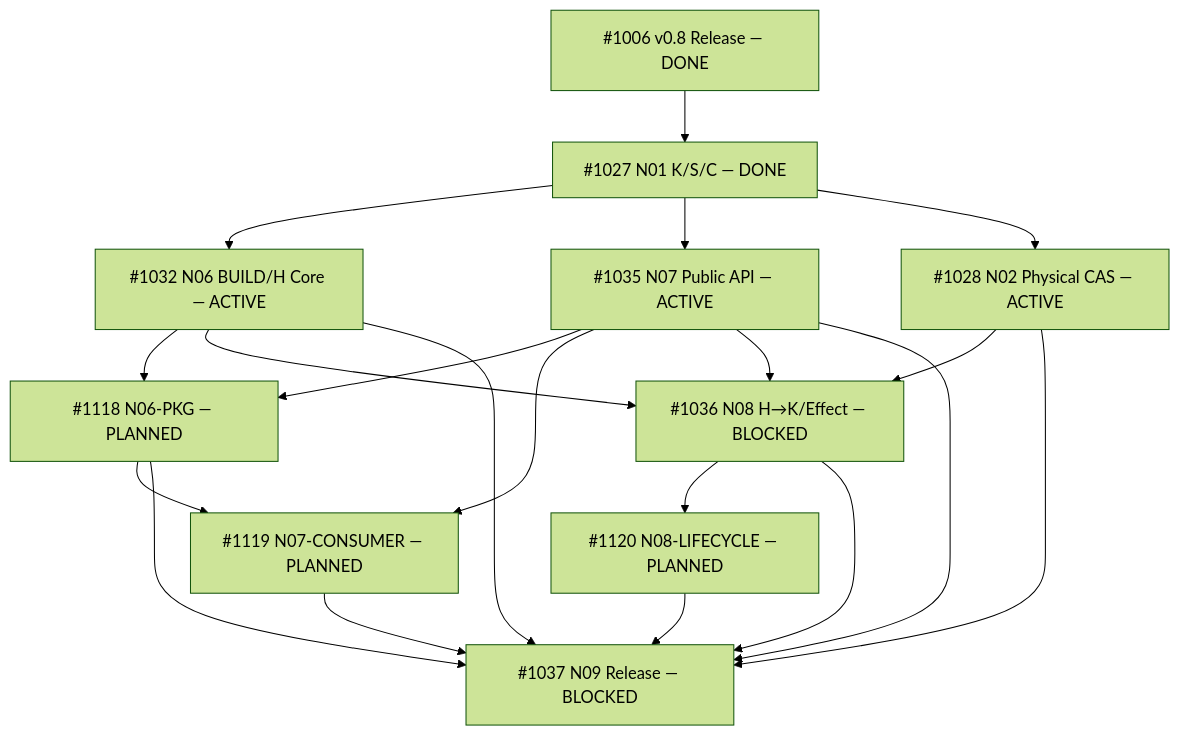
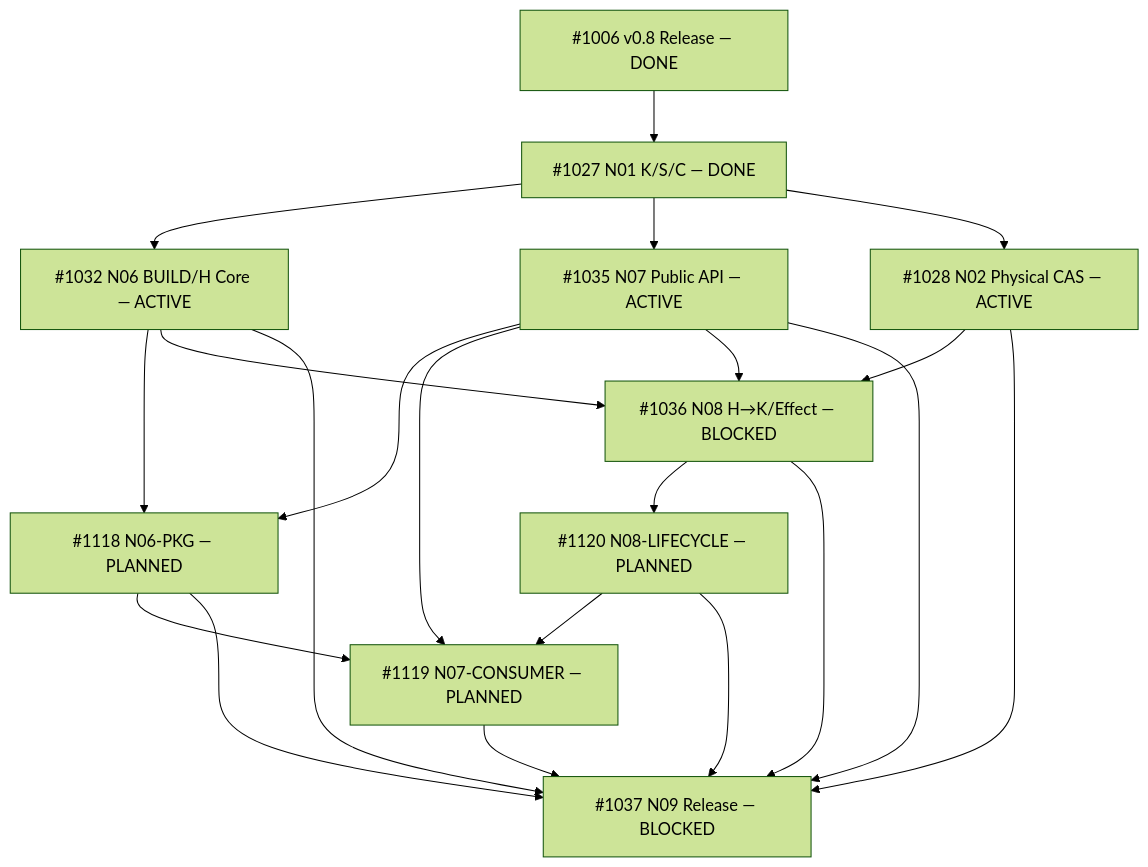
The diagram in docs/implementation/v0.9/DH09_TASK_DAG_SPLIT_SUCCESSOR_R0.md (kaicreator-mm/domain-harness), drawn with Mermaid (forest theme) before and after one commit. The commit also changed other lines of this file, not shown here.

````diff
--- a/docs/implementation/v0.9/DH09_TASK_DAG_SPLIT_SUCCESSOR_R0.md
+++ b/docs/implementation/v0.9/DH09_TASK_DAG_SPLIT_SUCCESSOR_R0.md
@@ -32,22 +32,23 @@
 ```mermaid
 flowchart TD
     V8["#1006 v0.8 Release — DONE"] --> N01["#1027 N01 K/S/C — DONE"]
     N01 --> N06["#1032 N06 BUILD/H Core — ACTIVE"]
     N01 --> N07["#1035 N07 Public API — ACTIVE"]
     N01 --> N02["#1028 N02 Physical CAS — ACTIVE"]
     N06 --> PKG["#1118 N06-PKG — PLANNED"]
     N07 --> PKG
     N07 --> CONS["#1119 N07-CONSUMER — PLANNED"]
     PKG --> CONS
     N06 --> N08["#1036 N08 H→K/Effect — BLOCKED"]
     N07 --> N08
     N02 --> N08
     N08 --> LIFE["#1120 N08-LIFECYCLE — PLANNED"]
+    LIFE --> CONS
     N06 --> REL["#1037 N09 Release — BLOCKED"]
     N07 --> REL
     N02 --> REL
     N08 --> REL
     PKG --> REL
     CONS --> REL
     LIFE --> REL
 ```
````
